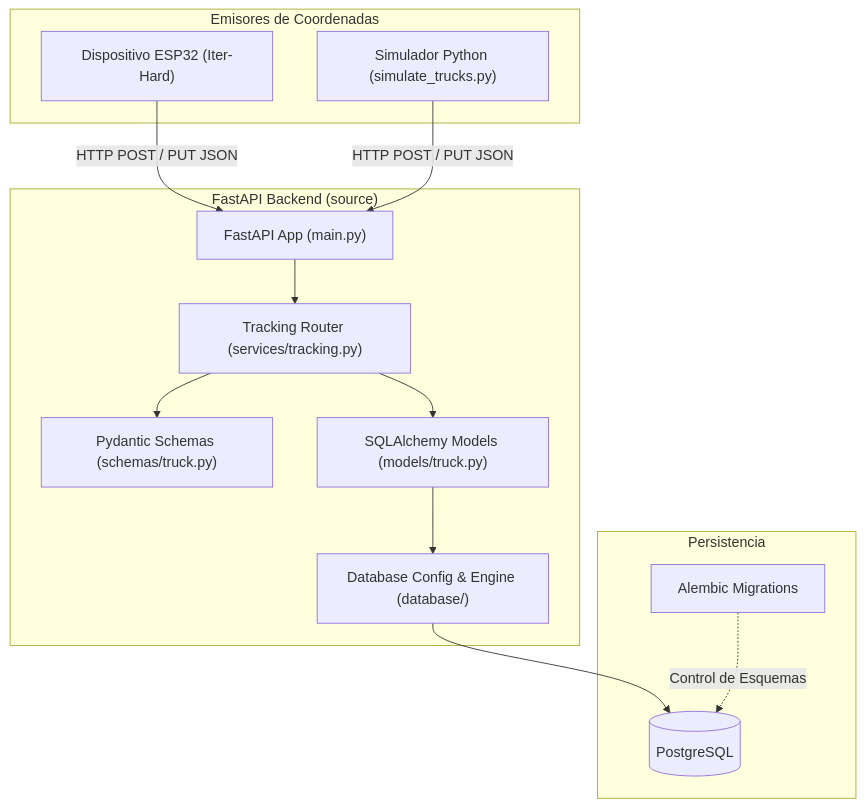
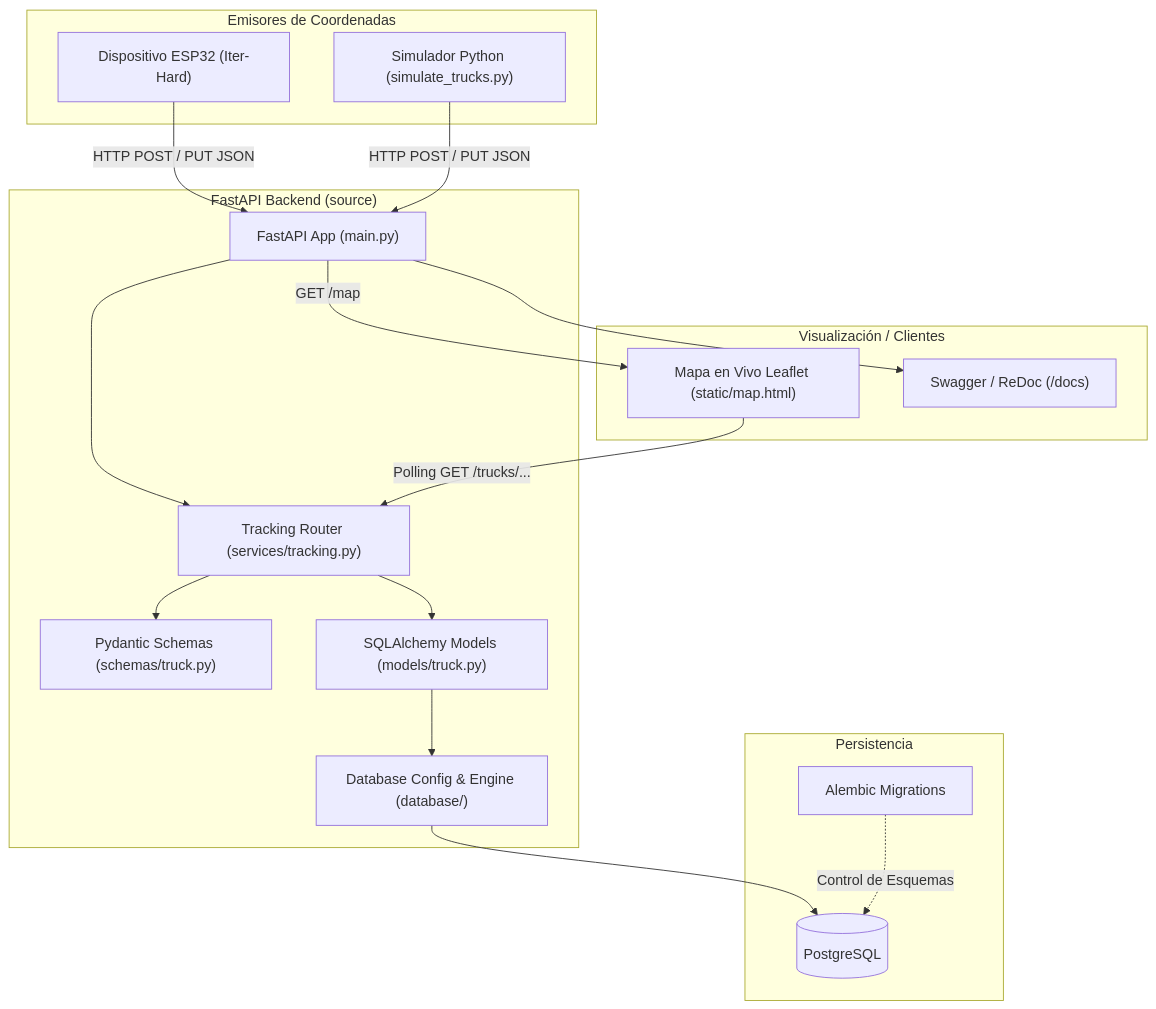
Before and after one commit to octa-afk/IterTrack: the diagram in README.md, drawn with Mermaid. The commit also changed other lines of this file and 2 other files, not shown here.

````diff
--- a/README.md
+++ b/README.md
@@ -39,29 +40,37 @@
 ```mermaid
 flowchart TD
     subgraph Emisores["Emisores de Coordenadas"]
         HW["Dispositivo ESP32 (Iter-Hard)"]
         SIM["Simulador Python (simulate_trucks.py)"]
     end
 
     subgraph Backend["FastAPI Backend (source)"]
         API["FastAPI App (main.py)"]
         Router["Tracking Router (services/tracking.py)"]
         Schemas["Pydantic Schemas (schemas/truck.py)"]
         ORM["SQLAlchemy Models (models/truck.py)"]
         DBCfg["Database Config & Engine (database/)"]
     end
 
     subgraph Storage["Persistencia"]
         PG[("PostgreSQL")]
         AL["Alembic Migrations"]
     end
 
+    subgraph Clientes["Visualización / Clientes"]
+        MAP["Mapa en Vivo Leaflet (static/map.html)"]
+        DOCS["Swagger / ReDoc (/docs)"]
+    end
+
     HW -->|HTTP POST / PUT JSON| API
     SIM -->|HTTP POST / PUT JSON| API
     API --> Router
     Router --> Schemas
     Router --> ORM
     ORM --> DBCfg
     DBCfg --> PG
     AL -.->|Control de Esquemas| PG
+    API -->|GET /map| MAP
+    MAP -->|Polling GET /trucks/...| Router
+    API --> DOCS
 ```
````
